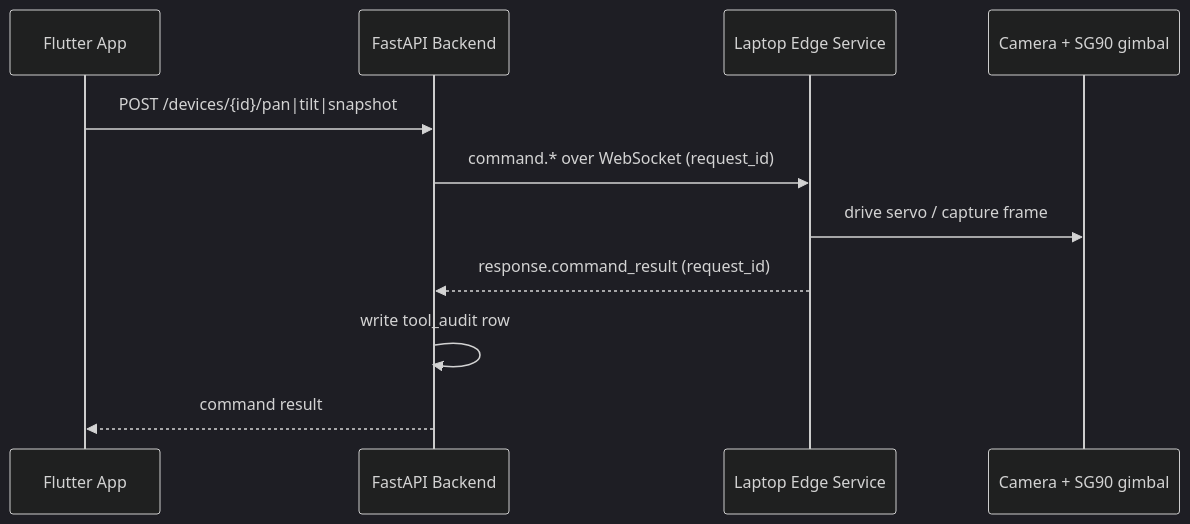
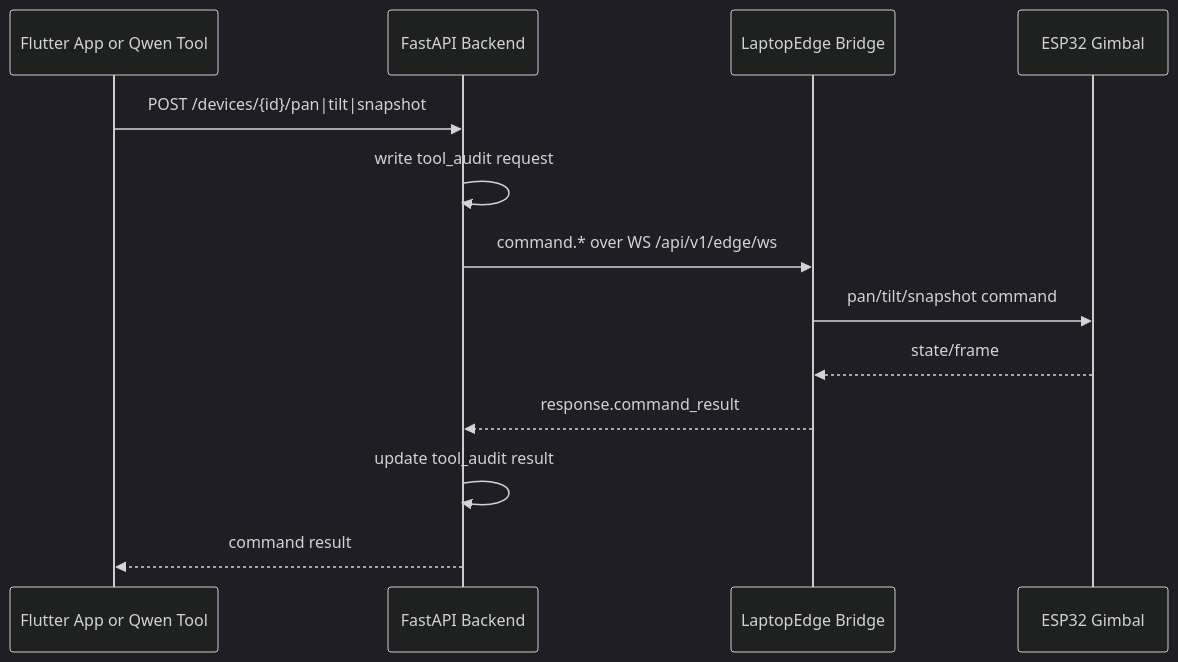
The fifth of 6 diagrams in docs/backend/architecture.md (nickyui99/erlang-ai-vision-fullstack), drawn with Mermaid (dark theme) before and after one commit. The commit also changed other lines of this file and 8 other files, not shown here.

Commit message:
Update docs for current fullstack edge flow

````diff
--- a/docs/backend/architecture.md
+++ b/docs/backend/architecture.md
@@ -69,14 +97,16 @@
 ```mermaid
 sequenceDiagram
-    participant Flutter as Flutter App
+    participant App as Flutter App or Qwen Tool
     participant Backend as FastAPI Backend
-    participant Edge as Laptop Edge Service
-    participant Camera as Camera + SG90 gimbal
+    participant Edge as LaptopEdge Bridge
+    participant Camera as ESP32 Gimbal
 
-    Flutter->>Backend: POST /devices/{id}/pan|tilt|snapshot
-    Backend->>Edge: command.* over WebSocket (request_id)
-    Edge->>Camera: drive servo / capture frame
-    Edge-->>Backend: response.command_result (request_id)
-    Backend->>Backend: write tool_audit row
-    Backend-->>Flutter: command result
+    App->>Backend: POST /devices/{id}/pan|tilt|snapshot
+    Backend->>Backend: write tool_audit request
+    Backend->>Edge: command.* over WS /api/v1/edge/ws
+    Edge->>Camera: pan/tilt/snapshot command
+    Camera-->>Edge: state/frame
+    Edge-->>Backend: response.command_result
+    Backend->>Backend: update tool_audit result
+    Backend-->>App: command result
 ```
````
